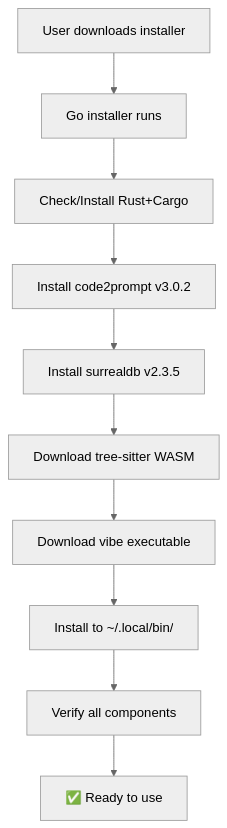
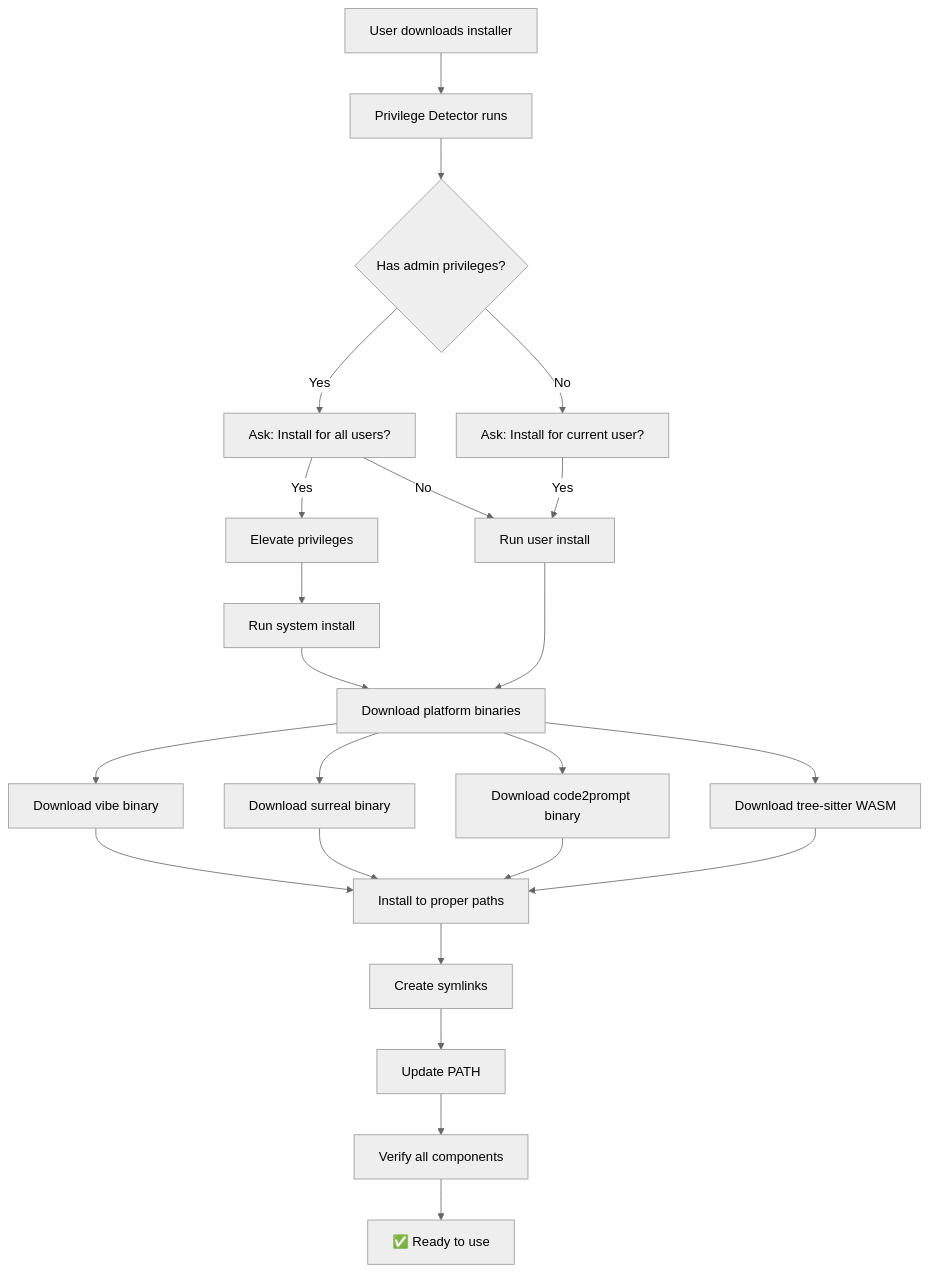
Before and after one commit to vhybzOS/dotvibe: the diagram in installer/README.md, drawn with Mermaid (neutral theme). The commit also changed other lines of this file, not shown here.

First line of the commit message:
docs: rewrite installer README with modern architecture

````diff
--- a/installer/README.md
+++ b/installer/README.md
@@ -13,12 +13,25 @@
 ```mermaid
 graph TD
-    A[User downloads installer] --> B[Go installer runs]
-    B --> C[Check/Install Rust+Cargo]
-    C --> D[Install code2prompt v3.0.2]
-    D --> E[Install surrealdb v2.3.5]
-    E --> F[Download tree-sitter WASM]
-    F --> G[Download vibe executable]
-    G --> H[Install to ~/.local/bin/]
-    H --> I[Verify all components]
-    I --> J[✅ Ready to use]
+    A[User downloads installer] --> B[Privilege Detector runs]
+    B --> C{Has admin privileges?}
+    C -->|Yes| D[Ask: Install for all users?]
+    C -->|No| E[Ask: Install for current user?]
+    D -->|Yes| F[Elevate privileges]
+    D -->|No| G[Run user install]
+    E -->|Yes| G
+    F --> H[Run system install]
+    G --> I[Download platform binaries]
+    H --> I
+    I --> J[Download vibe binary]
+    I --> K[Download surreal binary]
+    I --> L[Download code2prompt binary]
+    I --> M[Download tree-sitter WASM]
+    J --> N[Install to proper paths]
+    K --> N
+    L --> N
+    M --> N
+    N --> O[Create symlinks]
+    O --> P[Update PATH]
+    P --> Q[Verify all components]
+    Q --> R[✅ Ready to use]
 ```
````
